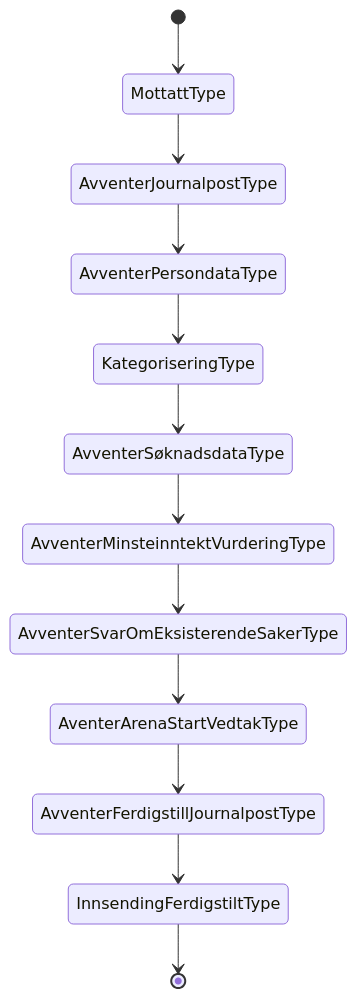
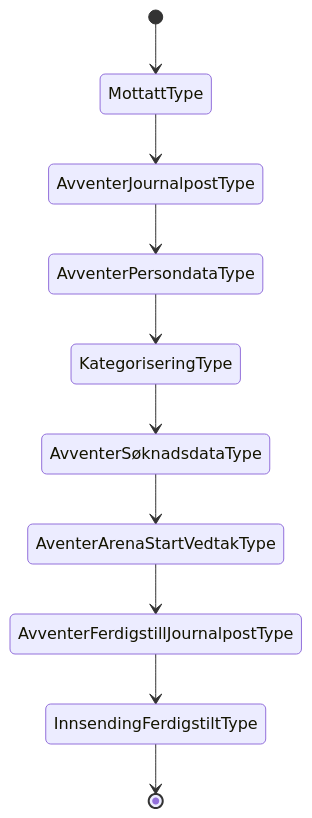
One commit to navikt/dp-mottak changed the diagram in docs/arkitektur/tilstander/NAV 04-01.03.approved.md. Above: the diagram before and after it, drawn with Mermaid. The commit also changed 4 other files, not shown here.

````diff
--- a/docs/arkitektur/tilstander/NAV 04-01.03.approved.md
+++ b/docs/arkitektur/tilstander/NAV 04-01.03.approved.md
@@ -3,14 +3,12 @@
 ```mermaid
    stateDiagram
    [*]-->MottattType
    	MottattType --> AvventerJournalpostType
 	AvventerJournalpostType --> AvventerPersondataType
 	AvventerPersondataType --> KategoriseringType
 	KategoriseringType --> AvventerSøknadsdataType
-	AvventerSøknadsdataType --> AvventerMinsteinntektVurderingType
-	AvventerMinsteinntektVurderingType --> AvventerSvarOmEksisterendeSakerType
-	AvventerSvarOmEksisterendeSakerType --> AventerArenaStartVedtakType
+	AvventerSøknadsdataType --> AventerArenaStartVedtakType
 	AventerArenaStartVedtakType --> AvventerFerdigstillJournalpostType
 	AvventerFerdigstillJournalpostType --> InnsendingFerdigstiltType
    InnsendingFerdigstiltType--> [*]    
 ```
````
